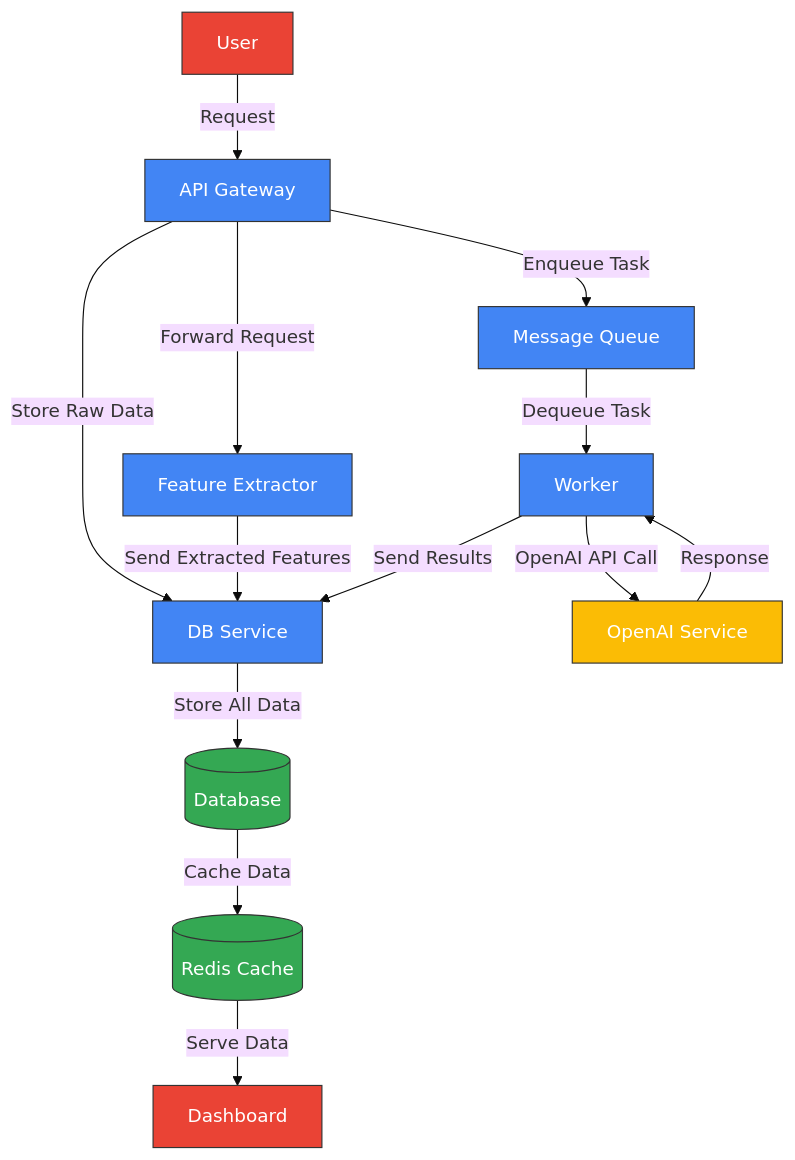
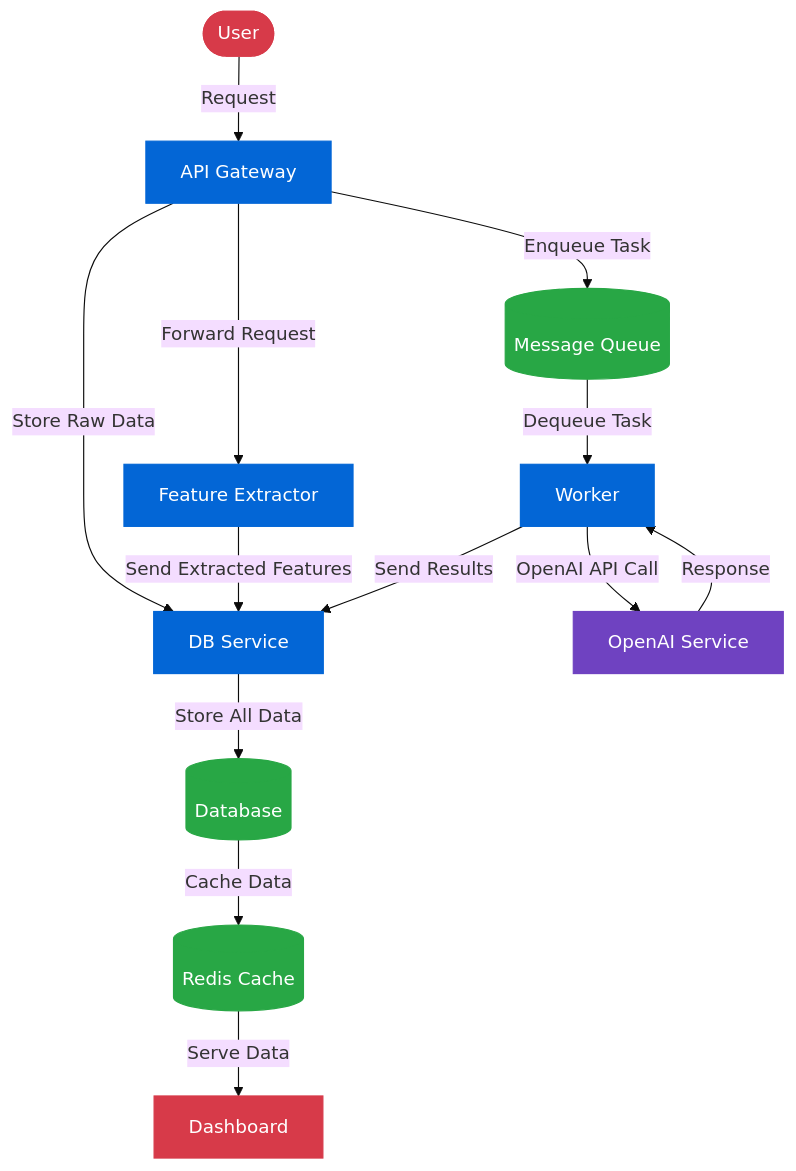
One commit to Ralo93/CustomerAnalyticsDashboard changed the second of 2 diagrams in README.md. Above: the diagram before and after it, drawn with Mermaid (base theme).

````diff
--- a/README.md
+++ b/README.md
@@ -50,35 +50,35 @@
 ```mermaid
 flowchart TD
-    User[User] -->|Request| API[API Gateway]
+    User([User]) -->|Request| API[API Gateway]
     
     API -->|Forward Request| FE[Feature Extractor]
-    API -->|Enqueue Task| MQ[Message Queue]
+    API -->|Enqueue Task| MQ[(Message Queue)]
     API -->|Store Raw Data| DBS[DB Service]
     
     FE -->|Send Extracted Features| DBS
     
     MQ -->|Dequeue Task| Worker[Worker]
     
     Worker -->|OpenAI API Call| OpenAI[OpenAI Service]
     OpenAI -->|Response| Worker
     
     Worker -->|Send Results| DBS
     
     DBS -->|Store All Data| DB[(Database)]
     
     DB -->|Cache Data| Redis[(Redis Cache)]
     
     Redis -->|Serve Data| Dashboard[Dashboard]
     
-    %% Styling
-    classDef primary fill:#4285F4,stroke:#333,stroke-width:1px,color:white;
-    classDef storage fill:#34A853,stroke:#333,stroke-width:1px,color:white;
-    classDef external fill:#FBBC05,stroke:#333,stroke-width:1px,color:white;
-    classDef user fill:#EA4335,stroke:#333,stroke-width:1px,color:white;
+    %% GitHub-friendly styling
+    classDef default fill:#f9f9f9,stroke:#999,stroke-width:1px,color:#333
+    classDef service fill:#0366d6,stroke:#0366d6,color:white
+    classDef storage fill:#28a745,stroke:#28a745,color:white
+    classDef external fill:#6f42c1,stroke:#6f42c1,color:white
+    classDef user fill:#d73a49,stroke:#d73a49,color:white
     
-    class API,FE,Worker,MQ,DBS primary;
-    class DB,Redis storage;
-    class OpenAI external;
-    class User,Dashboard user;
-
+    class API,FE,Worker,DBS service
+    class DB,Redis,MQ storage
+    class OpenAI external
+    class User,Dashboard user
 ```
````
